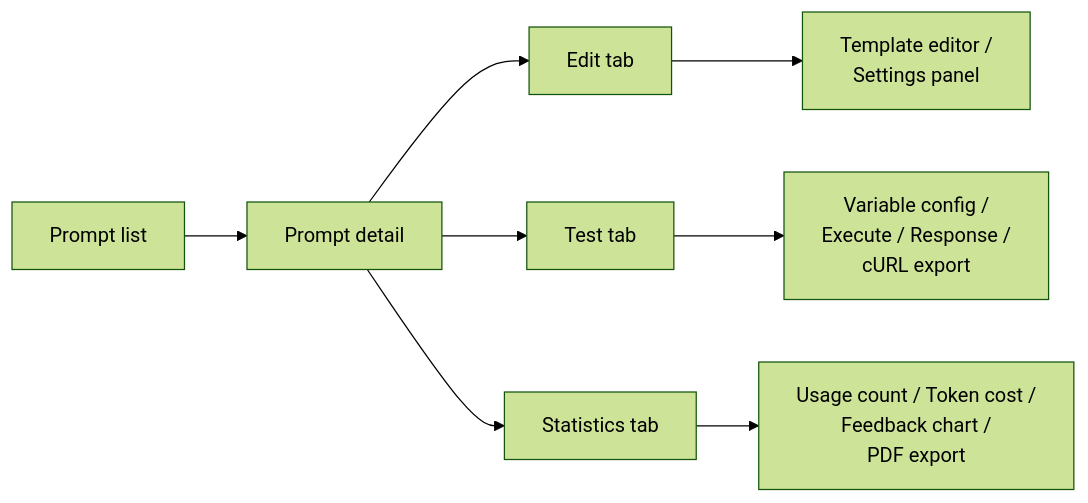
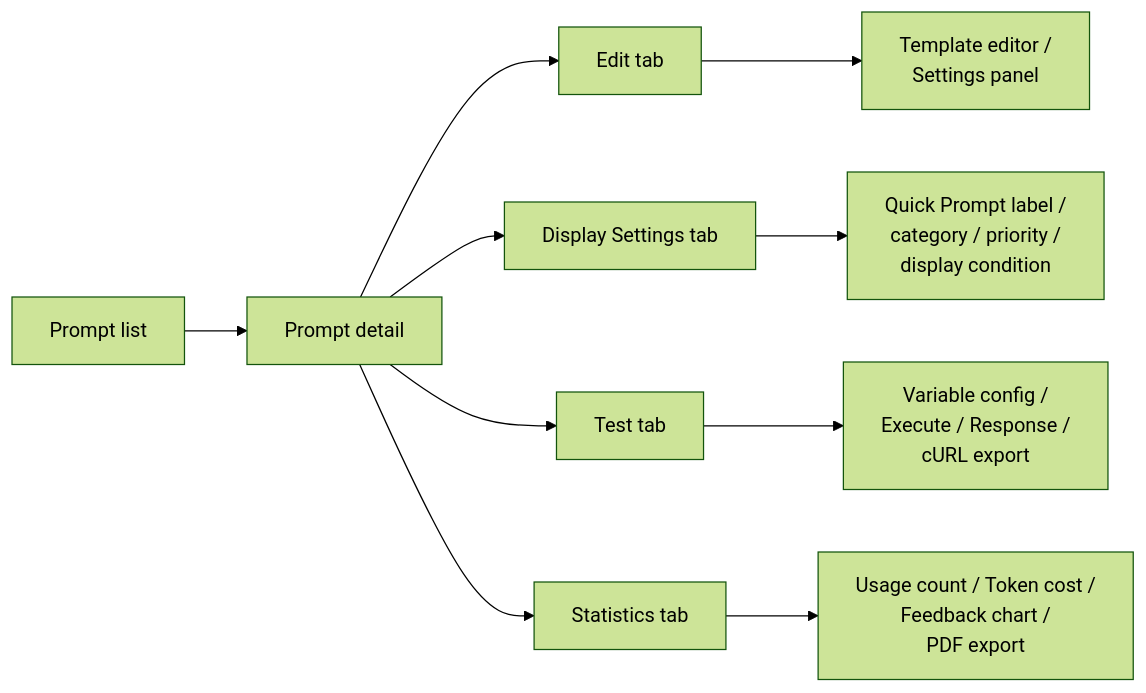
Before and after one commit to Uxopian/uxodocs: the diagram in docs/uxopian-ai/admin/managing_prompts.md, drawn with Mermaid (forest theme). The commit also changed other lines of this file and 29 other files, not shown here.

````diff
--- a/docs/uxopian-ai/admin/managing_prompts.md
+++ b/docs/uxopian-ai/admin/managing_prompts.md
@@ -38,10 +42,12 @@
 ```mermaid
 graph LR
     A[Prompt list] --> B[Prompt detail]
     B --> C[Edit tab]
+    B --> F[Display Settings tab]
     B --> D[Test tab]
     B --> E[Statistics tab]
     C --> C1[Template editor /<br/>Settings panel]
+    F --> F1[Quick Prompt label /<br/>category / priority /<br/>display condition]
     D --> D1[Variable config /<br/>Execute / Response /<br/>cURL export]
     E --> E1[Usage count / Token cost /<br/>Feedback chart /<br/>PDF export]
 ```
````
